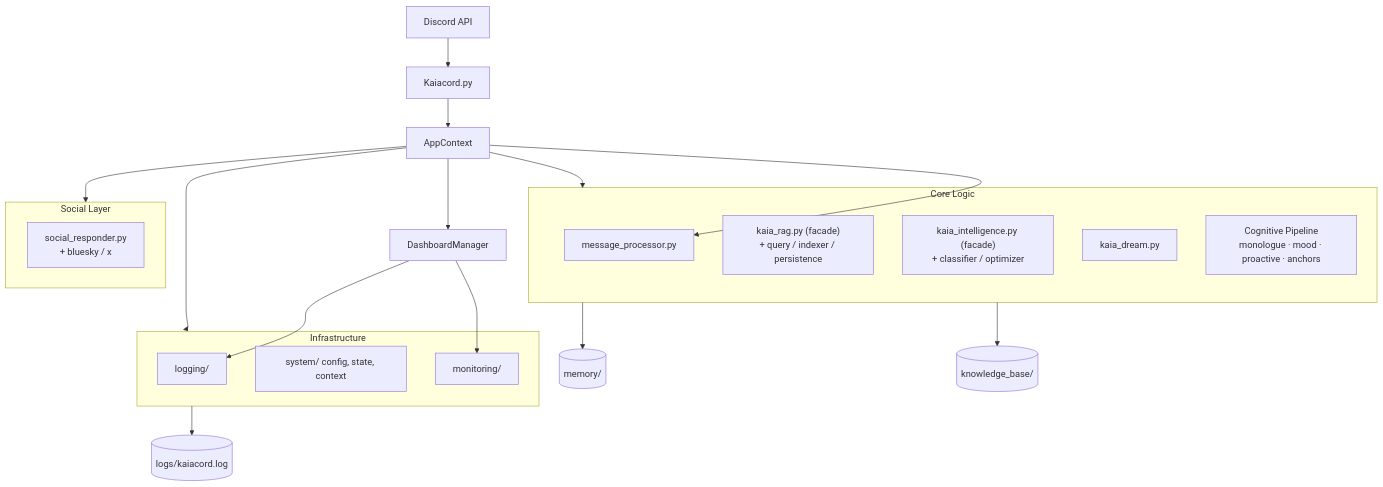
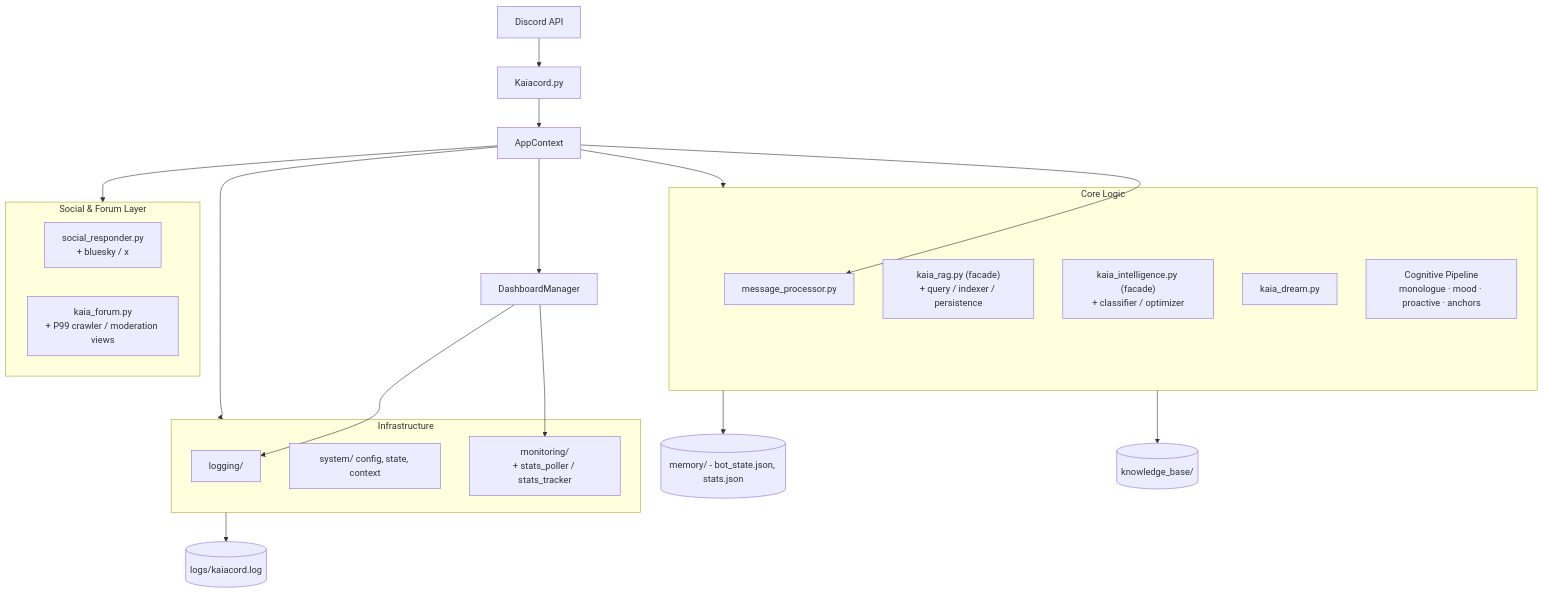
Before and after one commit to Ekco-S64QTN6/Kaiacord: the first of 2 diagrams in docs/03-architecture/overview.md, drawn with Mermaid. The commit also changed other lines of this file and 19 other files, not shown here.

````diff
--- a/docs/03-architecture/overview.md
+++ b/docs/03-architecture/overview.md
@@ -9,35 +9,36 @@
 ```mermaid
 graph TB
     Discord[Discord API] --> Kaiacord[Kaiacord.py]
     Kaiacord --> Ctx[AppContext]
     Ctx --> DM[DashboardManager]
     Ctx --> MP[MessageProcessor]
     
     subgraph CL ["Core Logic"]
         RAG["kaia_rag.py (facade)\n+ query / indexer / persistence"]
         Intel["kaia_intelligence.py (facade)\n+ classifier / optimizer"]
         Dream[kaia_dream.py]
         MP[message_processor.py]
         COG["Cognitive Pipeline\nmonologue · mood · proactive · anchors"]
     end
 
-    subgraph SOC ["Social Layer"]
+    subgraph SOC ["Social & Forum Layer"]
         Social["social_responder.py\n+ bluesky / x"]
+        Forum["kaia_forum.py\n+ P99 crawler / moderation views"]
     end
     
     subgraph INF ["Infrastructure"]
         Logging["logging/"]
         System["system/ config, state, context"]
-        Monitoring["monitoring/"]
+        Monitoring["monitoring/\n+ stats_poller / stats_tracker"]
     end
     
     Ctx --> CL
     Ctx --> INF
     Ctx --> SOC
     DM --> Logging
     DM --> Monitoring
     
     INF --> Logs[(logs/kaiacord.log)]
-    CL --> Memory[(memory/)]
+    CL --> Memory[(memory/ - bot_state.json, stats.json)]
     CL --> KB[(knowledge_base/)]
 ```
````
